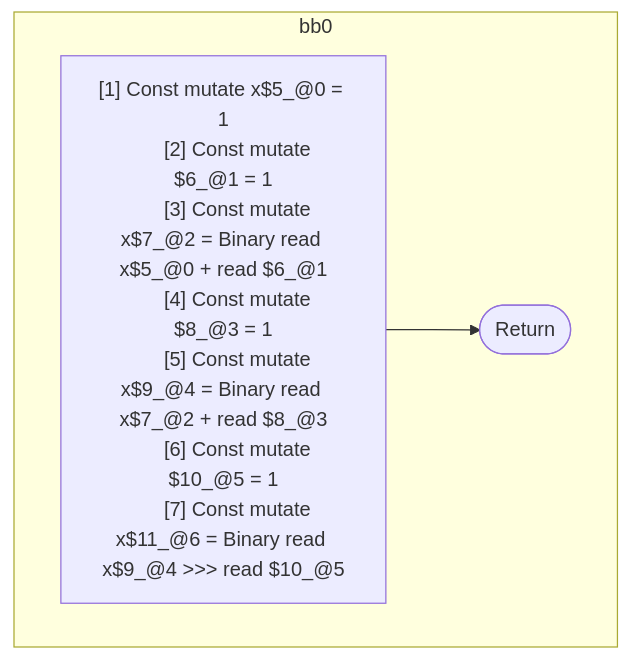
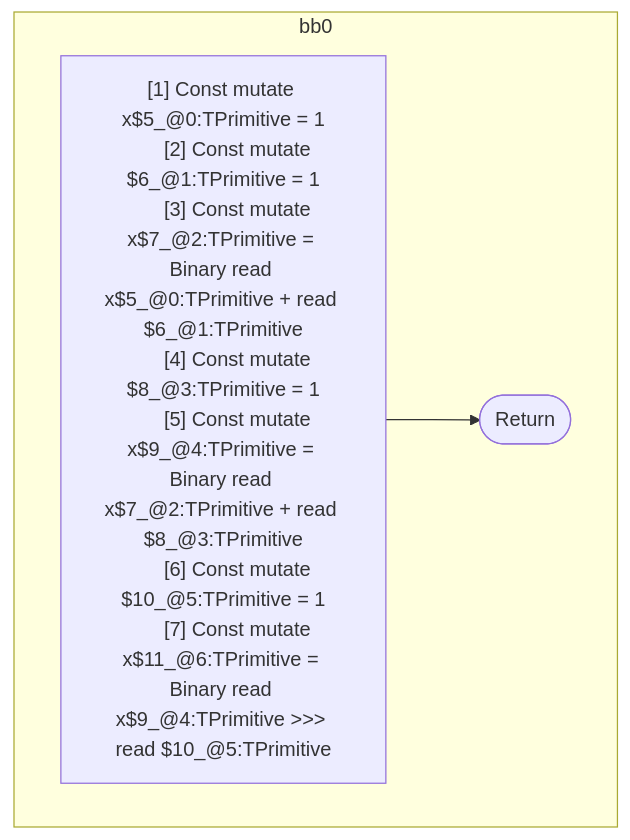
The first of 2 diagrams in compiler/forget/src/__tests__/fixtures/hir/assignment-variations.expect.md (wutsmog/private), drawn with Mermaid before and after one commit. The commit also changed other lines of this file and 112 other files, not shown here.

````diff
--- a/compiler/forget/src/__tests__/fixtures/hir/assignment-variations.expect.md
+++ b/compiler/forget/src/__tests__/fixtures/hir/assignment-variations.expect.md
@@ -61,19 +61,19 @@
 ```mermaid
 flowchart TB
   %% Basic Blocks
   subgraph bb0
     bb0_instrs["
-      [1] Const mutate x$5_@0 = 1
-      [2] Const mutate $6_@1 = 1
-      [3] Const mutate x$7_@2 = Binary read x$5_@0 + read $6_@1
-      [4] Const mutate $8_@3 = 1
-      [5] Const mutate x$9_@4 = Binary read x$7_@2 + read $8_@3
-      [6] Const mutate $10_@5 = 1
-      [7] Const mutate x$11_@6 = Binary read x$9_@4 >>> read $10_@5
+      [1] Const mutate x$5_@0:TPrimitive = 1
+      [2] Const mutate $6_@1:TPrimitive = 1
+      [3] Const mutate x$7_@2:TPrimitive = Binary read x$5_@0:TPrimitive + read $6_@1:TPrimitive
+      [4] Const mutate $8_@3:TPrimitive = 1
+      [5] Const mutate x$9_@4:TPrimitive = Binary read x$7_@2:TPrimitive + read $8_@3:TPrimitive
+      [6] Const mutate $10_@5:TPrimitive = 1
+      [7] Const mutate x$11_@6:TPrimitive = Binary read x$9_@4:TPrimitive >>> read $10_@5:TPrimitive
     "]
     bb0_instrs --> bb0_terminal(["Return"])
   end
 
   %% Jumps
   %% empty
 ```
````
